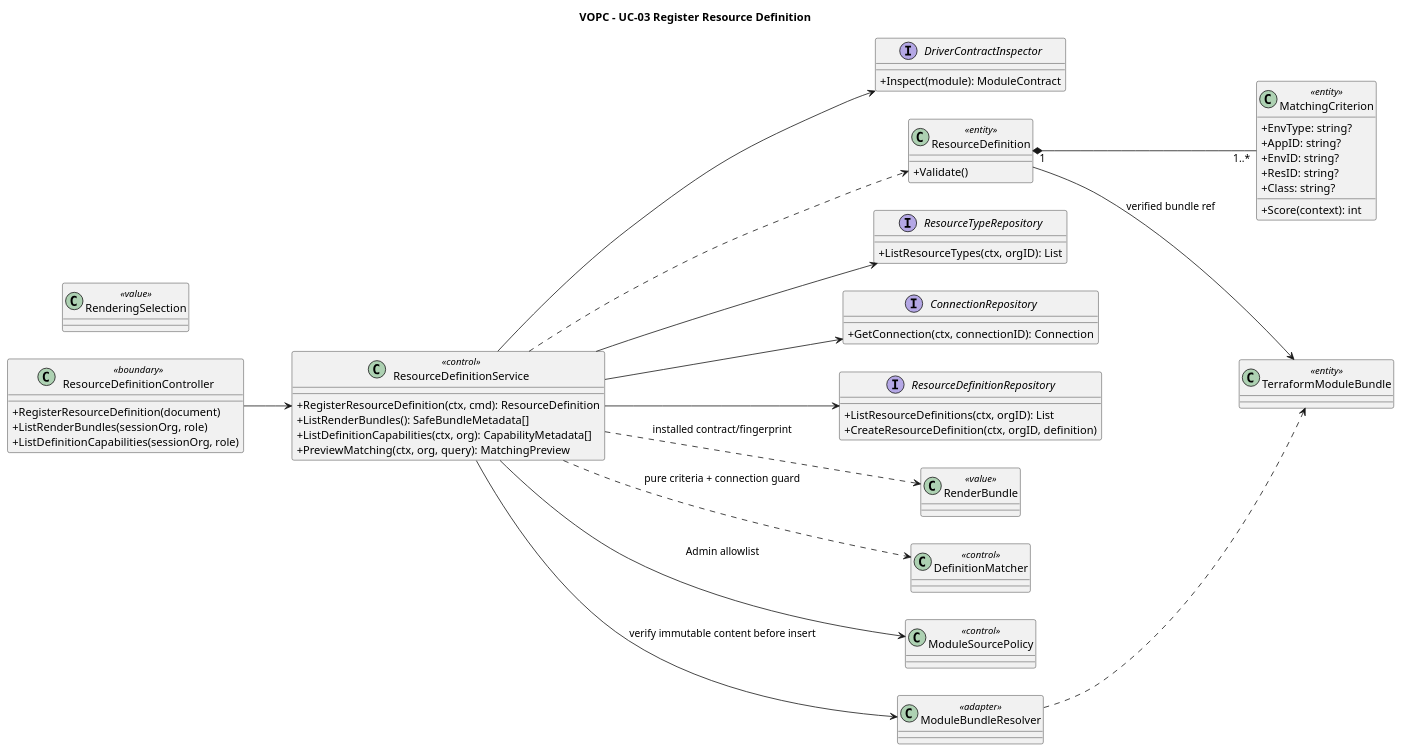
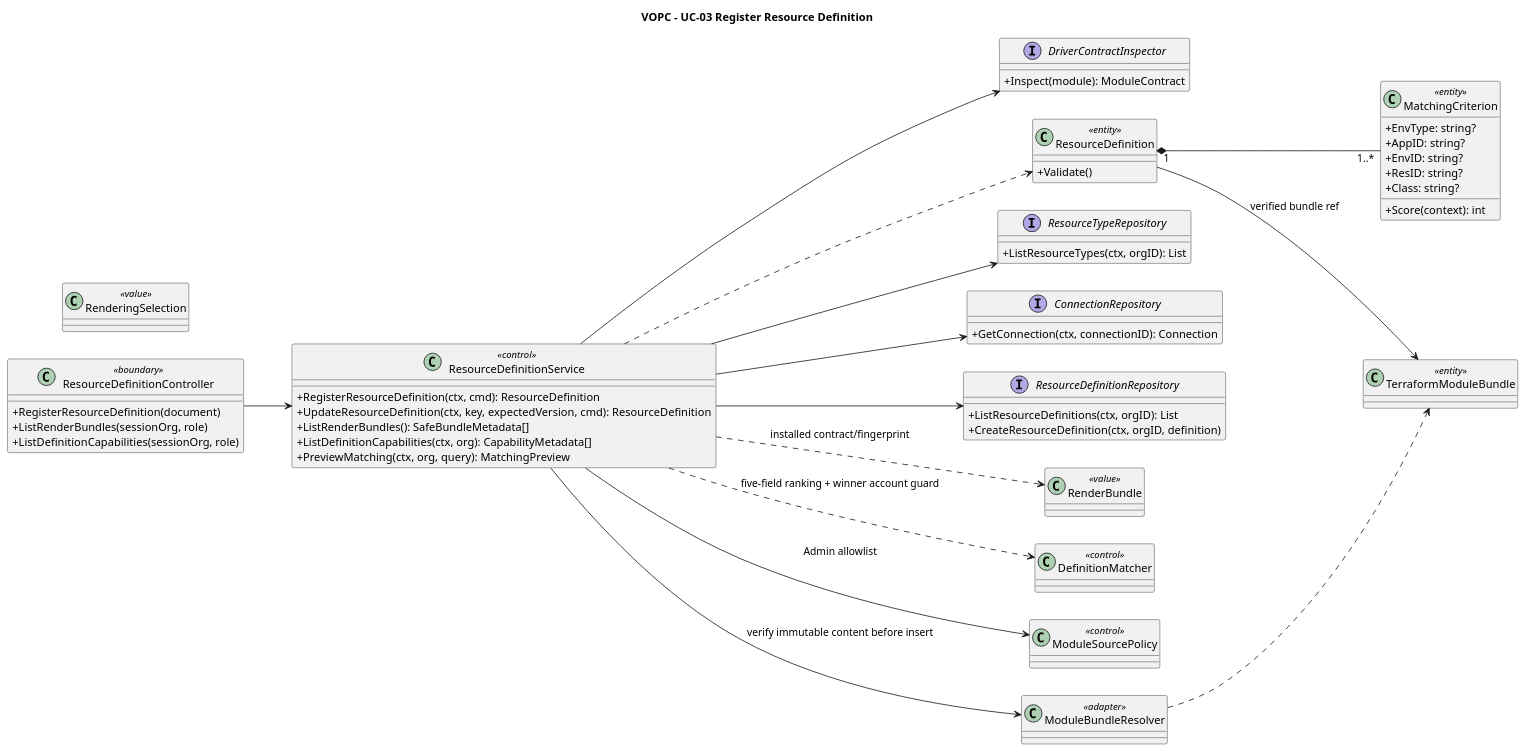
The diagram in orchestrator_docs/usecase/UC-03/vopc.puml (pr3s3nt/poc), drawn with PlantUML before and after one commit. The commit also changed 157 other files, not shown here.

```diff
--- a/orchestrator_docs/usecase/UC-03/vopc.puml
+++ b/orchestrator_docs/usecase/UC-03/vopc.puml
@@ -1,59 +1,60 @@
 @startuml
 title VOPC - UC-03 Register Resource Definition
 left to right direction
 skinparam classAttributeIconSize 0
 class ResourceDefinitionController <<boundary>> {
   +RegisterResourceDefinition(document)
   +ListRenderBundles(sessionOrg, role)
   +ListDefinitionCapabilities(sessionOrg, role)
 }
 class ResourceDefinitionService <<control>> {
   +RegisterResourceDefinition(ctx, cmd): ResourceDefinition
+    +UpdateResourceDefinition(ctx, key, expectedVersion, cmd): ResourceDefinition
   +ListRenderBundles(): SafeBundleMetadata[]
   +ListDefinitionCapabilities(ctx, org): CapabilityMetadata[]
   +PreviewMatching(ctx, org, query): MatchingPreview
 }
 interface DriverContractInspector {
   +Inspect(module): ModuleContract
 }
 class ResourceDefinition <<entity>> {
   +Validate()
 }
 class MatchingCriterion <<entity>> {
   +EnvType: string?
   +AppID: string?
   +EnvID: string?
   +ResID: string?
   +Class: string?
   +Score(context): int
 }
 interface ResourceTypeRepository {
   +ListResourceTypes(ctx, orgID): List
 }
 interface ConnectionRepository {
   +GetConnection(ctx, connectionID): Connection
 }
 interface ResourceDefinitionRepository {
   +ListResourceDefinitions(ctx, orgID): List
   +CreateResourceDefinition(ctx, orgID, definition)
 }
 ResourceDefinitionController --> ResourceDefinitionService
 ResourceDefinitionService --> DriverContractInspector
 ResourceDefinitionService --> ResourceTypeRepository
 ResourceDefinitionService --> ConnectionRepository
 ResourceDefinitionService --> ResourceDefinitionRepository
 ResourceDefinitionService ..> ResourceDefinition
 ResourceDefinition "1" *-- "1..*" MatchingCriterion
 class RenderBundle <<value>>
 class RenderingSelection <<value>>
 ResourceDefinitionService ..> RenderBundle : installed contract/fingerprint
 class DefinitionMatcher <<control>>
-ResourceDefinitionService ..> DefinitionMatcher : pure criteria + connection guard
+ResourceDefinitionService ..> DefinitionMatcher : five-field ranking + winner account guard
 class ModuleSourcePolicy <<control>>
 class ModuleBundleResolver <<adapter>>
 class TerraformModuleBundle <<entity>>
 ResourceDefinitionService --> ModuleSourcePolicy : Admin allowlist
 ResourceDefinitionService --> ModuleBundleResolver : verify immutable content before insert
 ModuleBundleResolver ..> TerraformModuleBundle
 ResourceDefinition --> TerraformModuleBundle : verified bundle ref
 @enduml
```
